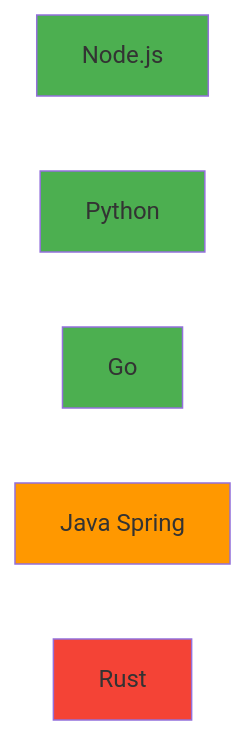
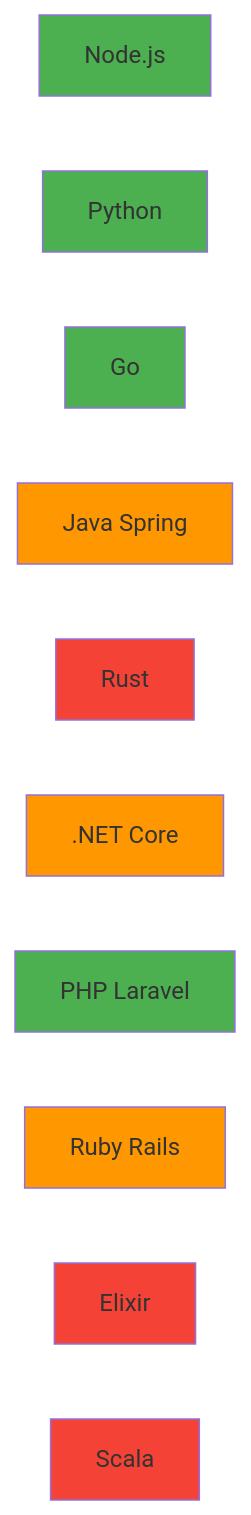
One commit to niceguy61/kdt_devops_lecture_2025 changed the third of 10 diagrams in theory/week_04/day1/challenge_2.md. Above: the diagram before and after it, drawn with Mermaid. The commit also changed other lines of this file, not shown here.

````diff
--- a/theory/week_04/day1/challenge_2.md
+++ b/theory/week_04/day1/challenge_2.md
@@ -186,14 +192,24 @@
 ```mermaid
 graph LR
     A[Node.js]
     B[Python]
     C[Go]
     D[Java Spring]
     E[Rust]
+    F[.NET Core]
+    G[PHP Laravel]
+    H[Ruby Rails]
+    I[Elixir]
+    J[Scala]
     
     style A fill:#4caf50
     style B fill:#4caf50
     style C fill:#4caf50
     style D fill:#ff9800
     style E fill:#f44336
+    style F fill:#ff9800
+    style G fill:#4caf50
+    style H fill:#ff9800
+    style I fill:#f44336
+    style J fill:#f44336
 ```
````
